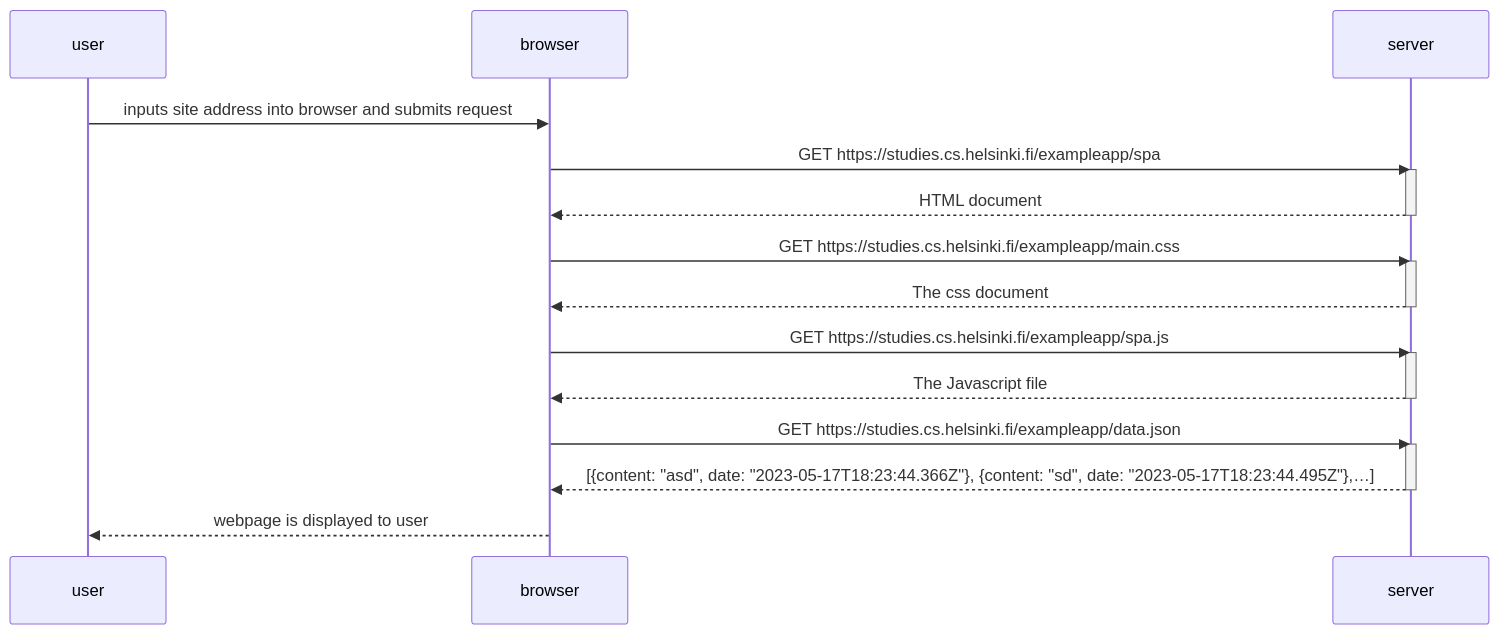
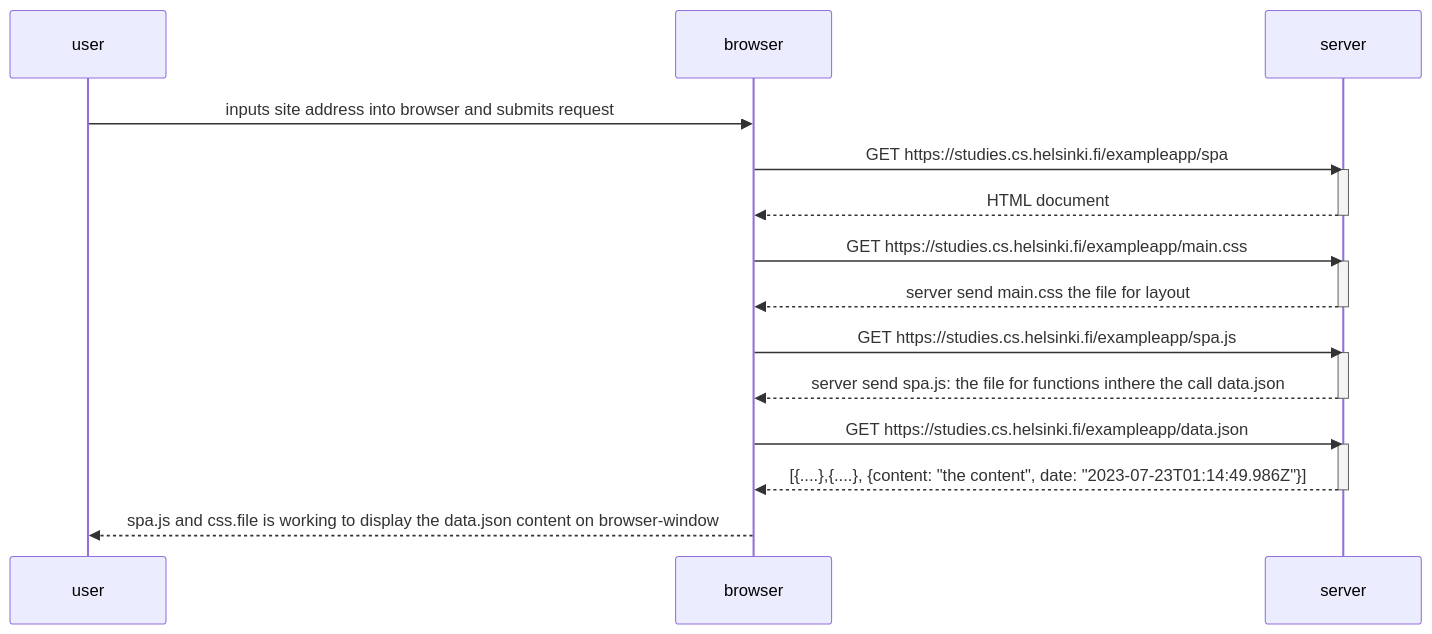
The diagram in part0/ex5.md (hermann-wenninger/helsinky_new_course), drawn with Mermaid before and after one commit. The commit also changed other lines of this file and 1 other file, not shown here.

Commit message:
user-browser-server interaction

````diff
--- a/part0/ex5.md
+++ b/part0/ex5.md
@@ -3,30 +3,30 @@
 ```mermaid
 sequenceDiagram
 participant user
 participant browser
 participant server
 
 user->>browser: inputs site address into browser and submits request
 browser->>server: GET https://studies.cs.helsinki.fi/exampleapp/spa
 activate server
 server-->>browser: HTML document
 deactivate server
 
 browser->>server: GET https://studies.cs.helsinki.fi/exampleapp/main.css
 activate server
-server-->>browser: The css document
+server-->>browser: server send main.css the file for layout
 deactivate server
 
 browser->>server: GET https://studies.cs.helsinki.fi/exampleapp/spa.js
 activate server
-server-->>browser: The Javascript file
+server-->>browser: server send spa.js: the file for functions inthere the call data.json
 deactivate server
 
 browser->>server: GET https://studies.cs.helsinki.fi/exampleapp/data.json
 activate server
-server-->>browser: [{content: "asd", date: "2023-05-17T18:23:44.366Z"}, {content: "sd", date: "2023-05-17T18:23:44.495Z"},…]
+server-->>browser: [{....},{....}, {content: "the content", date: "2023-07-23T01:14:49.986Z"}]
 deactivate server
 
-browser-->>user:webpage is displayed to user
+browser-->>user:spa.js and css.file is working to display the data.json content on browser-window
 
 ```
````
